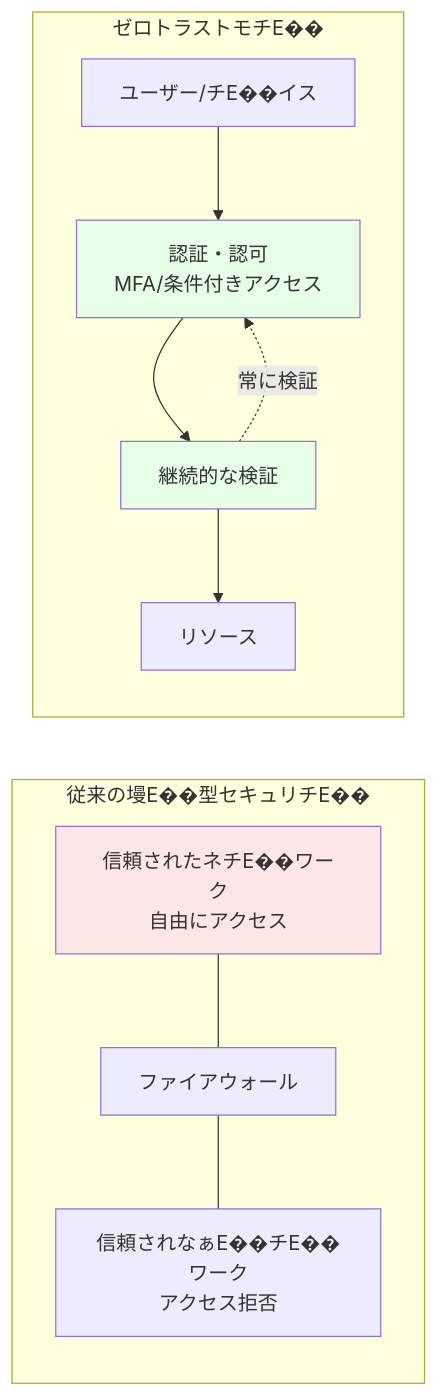
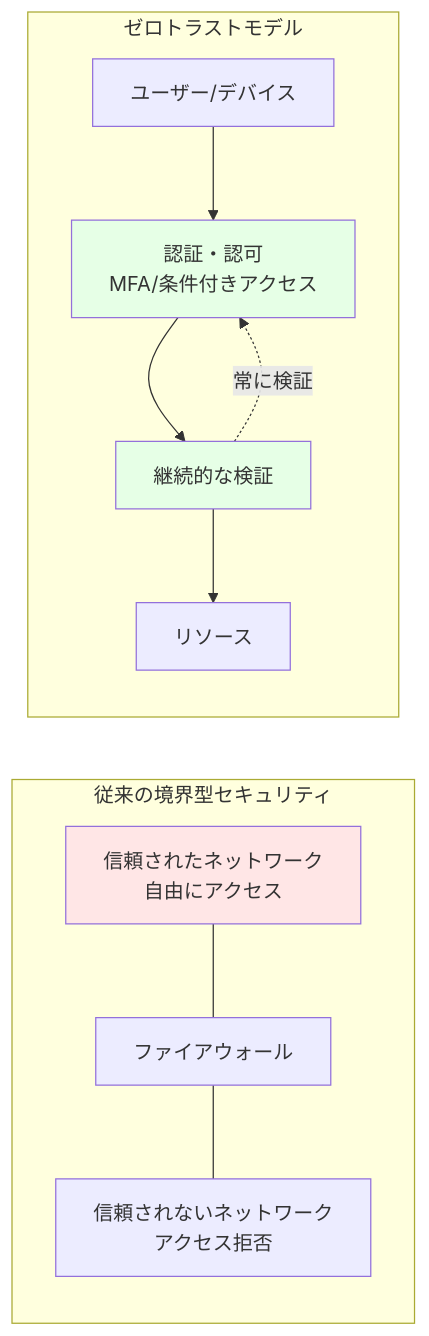
Before and after one commit to shuhei0720/azure_caf_handson: the diagram in docs/chapters/chapter12-security.md, drawn with Mermaid. The commit also changed other lines of this file, not shown here.

````diff
--- a/docs/chapters/chapter12-security.md
+++ b/docs/chapters/chapter12-security.md
@@ -37,27 +37,27 @@
 ```mermaid
 graph LR
-    subgraph "従来の墁E��型セキュリチE��"
-        A1[信頼されたネチE��ワーク<br/>自由にアクセス]
+    subgraph "従来の境界型セキュリティ"
+        A1[信頼されたネットワーク<br/>自由にアクセス]
         A2[ファイアウォール]
-        A3[信頼されなぁE��チE��ワーク<br/>アクセス拒否]
+        A3[信頼されないネットワーク<br/>アクセス拒否]
     end
 
     A1 --- A2
     A2 --- A3
 
-    subgraph "ゼロトラストモチE��"
-        B1[ユーザー/チE��イス]
+    subgraph "ゼロトラストモデル"
+        B1[ユーザー/デバイス]
         B2[認証・認可<br/>MFA/条件付きアクセス]
         B3[継続的な検証]
         B4[リソース]
     end
 
     B1 --> B2
     B2 --> B3
     B3 --> B4
     B3 -.->|常に検証| B2
 
     style A1 fill:#ffe6e6
     style B2 fill:#e6ffe6
     style B3 fill:#e6ffe6
 ```
````
